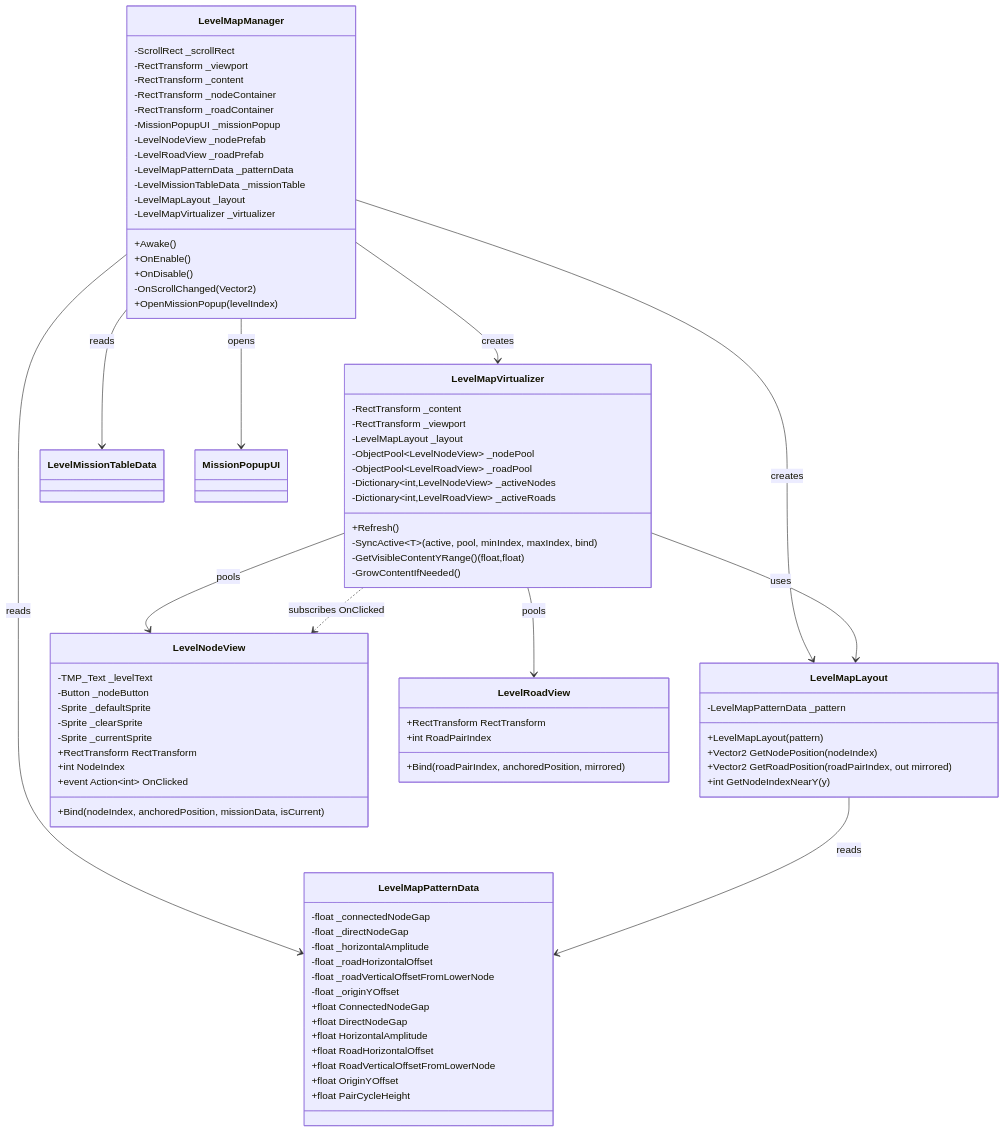
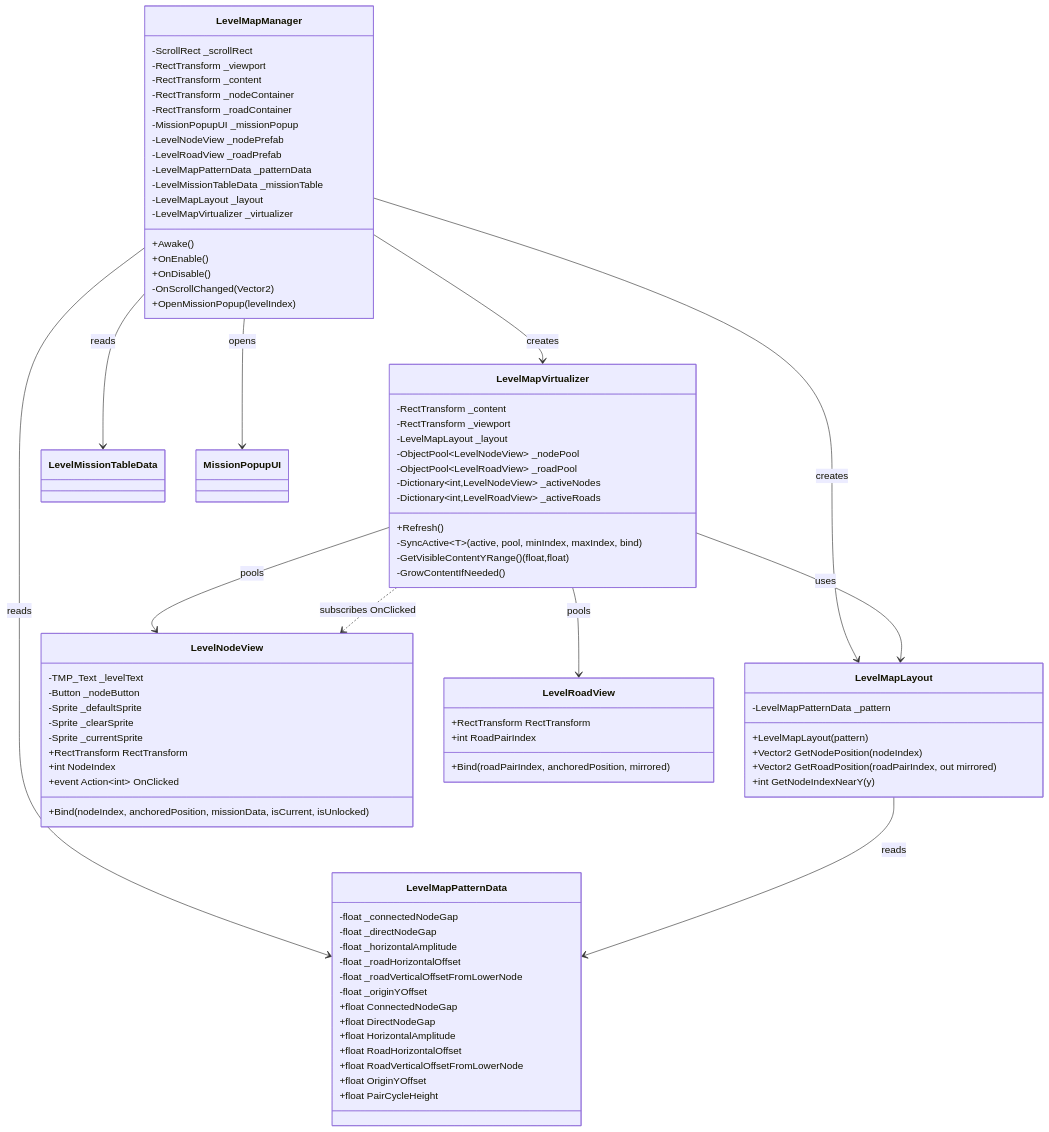
Before and after one commit to chlghksgml01/BlockPuzzle: the first of 3 diagrams in docs/diagrams/level-map.md, drawn with Mermaid. The commit also changed other lines of this file and 12 other files, not shown here.

```diff
--- a/docs/diagrams/level-map.md
+++ b/docs/diagrams/level-map.md
@@ -75,7 +75,7 @@
         +RectTransform RectTransform
         +int NodeIndex
         +event Action~int~ OnClicked
-        +Bind(nodeIndex, anchoredPosition, missionData, isCurrent)
+        +Bind(nodeIndex, anchoredPosition, missionData, isCurrent, isUnlocked)
     }
 
     class LevelRoadView {
```
